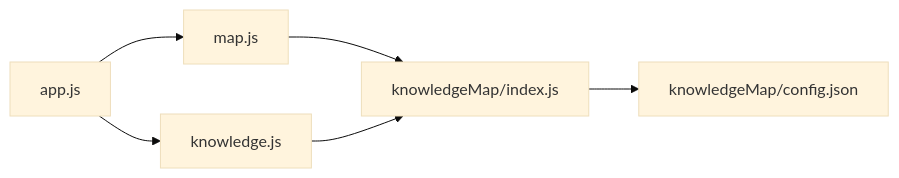
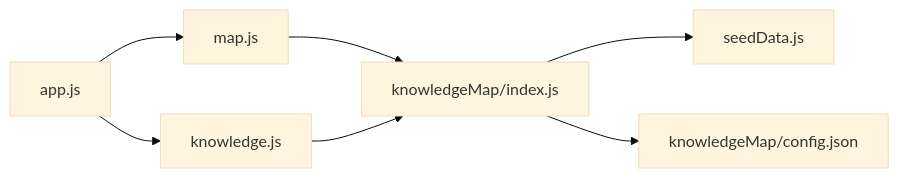
One commit to cwb7756/bio changed the fourth of 4 diagrams in .qoder/repowiki/zh/content/API接口文档/知识图谱API.md. Above: the diagram before and after it, drawn with Mermaid (base theme). The commit also changed other lines of this file and 14 other files, not shown here.

First line of the commit message:
feat(knowledgeMap): 增强知识图谱功能，新增种子数据生成器

````diff
--- a/.qoder/repowiki/zh/content/API接口文档/知识图谱API.md
+++ b/.qoder/repowiki/zh/content/API接口文档/知识图谱API.md
@@ -189,8 +247,9 @@
 ```mermaid
 graph LR
 APP["app.js"] --> MAP["map.js"]
 APP --> KNOW["knowledge.js"]
 MAP --> KM["knowledgeMap/index.js"]
 KNOW --> KM
+KM --> SEED["seedData.js"]
 KM --> CFG["knowledgeMap/config.json"]
 ```
````
